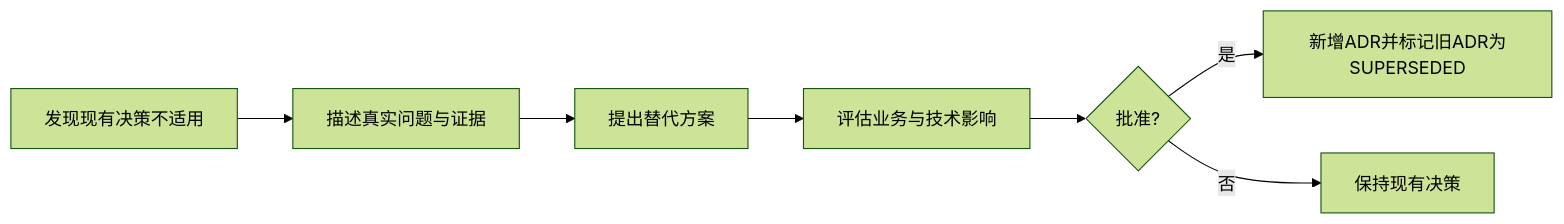
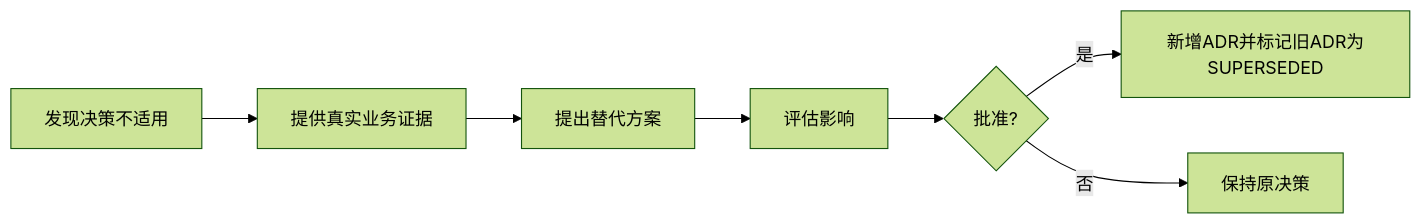
One commit to SONG-36/TK_Video_Intelligence_Workbench changed the diagram in architecture/02_ARCHITECTURE_DECISIONS.md. Above: the diagram before and after it, drawn with Mermaid (forest theme). The commit also changed other lines of this file and 8 other files, not shown here.

````diff
--- a/architecture/02_ARCHITECTURE_DECISIONS.md
+++ b/architecture/02_ARCHITECTURE_DECISIONS.md
@@ -262,14 +240,14 @@
 ```mermaid
 flowchart LR
-    A[发现现有决策不适用]
-    B[描述真实问题与证据]
+    A[发现决策不适用]
+    B[提供真实业务证据]
     C[提出替代方案]
-    D[评估业务与技术影响]
+    D[评估影响]
     E{批准?}
     F[新增ADR并标记旧ADR为SUPERSEDED]
-    G[保持现有决策]
+    G[保持原决策]
 
     A --> B --> C --> D --> E
     E -- 是 --> F
     E -- 否 --> G
 ```
````
